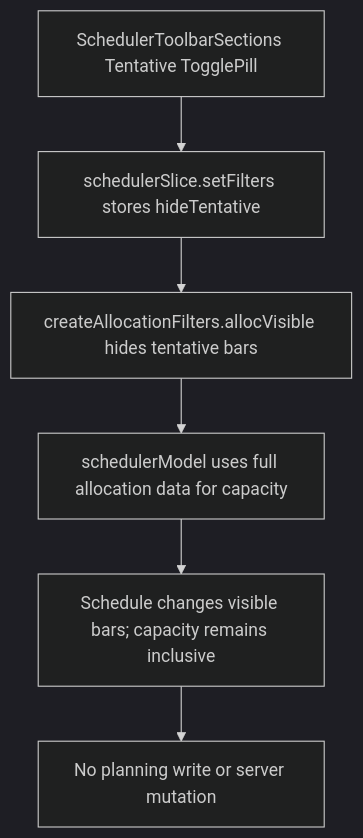
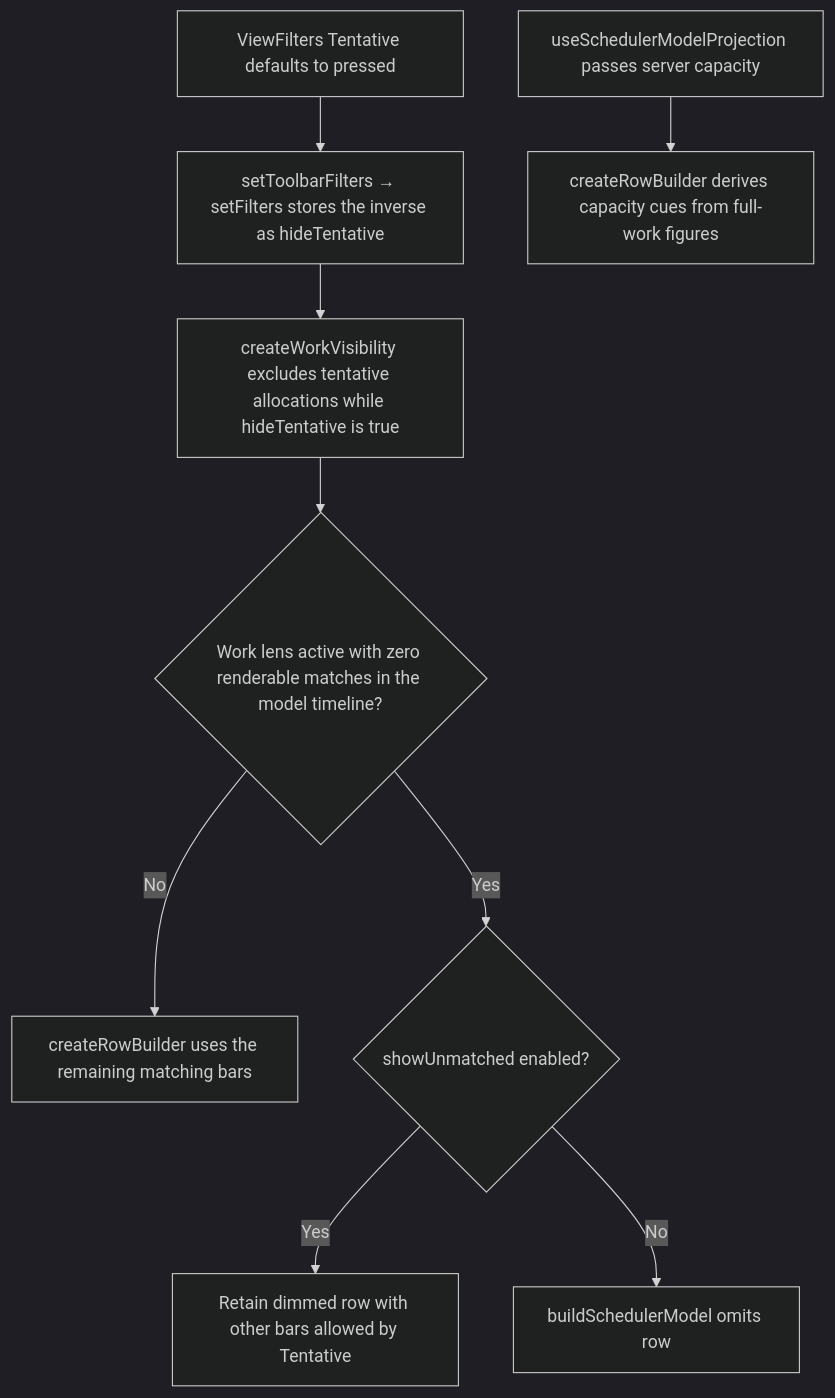
One commit to Kevinjohn/capacitylens changed the second of 2 diagrams in user-stories/filters/US-FIL-05-hide-tentative.md. Above: the diagram before and after it, drawn with Mermaid (dark theme). The commit also changed other lines of this file and 172 other files, not shown here.

Commit message:
docs: reconcile user story code flows with source

````diff
--- a/user-stories/filters/US-FIL-05-hide-tentative.md
+++ b/user-stories/filters/US-FIL-05-hide-tentative.md
@@ -33,8 +33,11 @@
 ```mermaid
 flowchart TD
-  A["SchedulerToolbarSections Tentative TogglePill"] --> B["schedulerSlice.setFilters stores hideTentative"]
-  B --> C["createAllocationFilters.allocVisible hides tentative bars"]
-  C --> D["schedulerModel uses full allocation data for capacity"]
-  D --> E["Schedule changes visible bars; capacity remains inclusive"]
-  E --> F["No planning write or server mutation"]
+  PILL["ViewFilters Tentative defaults to pressed"] --> STORE["setToolbarFilters → setFilters stores the inverse as hideTentative"]
+  STORE --> MATCH["createWorkVisibility excludes tentative allocations while hideTentative is true"]
+  MATCH --> LENS{"Work lens active with zero renderable matches in the model timeline?"}
+  LENS -->|No| NORMAL["createRowBuilder uses the remaining matching bars"]
+  LENS -->|Yes| SHOW{"showUnmatched enabled?"}
+  SHOW -->|Yes| DIM["Retain dimmed row with other bars allowed by Tentative"]
+  SHOW -->|No| HIDE["buildSchedulerModel omits row"]
+  CAP["useSchedulerModelProjection passes server capacity"] --> STATS["createRowBuilder derives capacity cues from full-work figures"]
 ```
````
